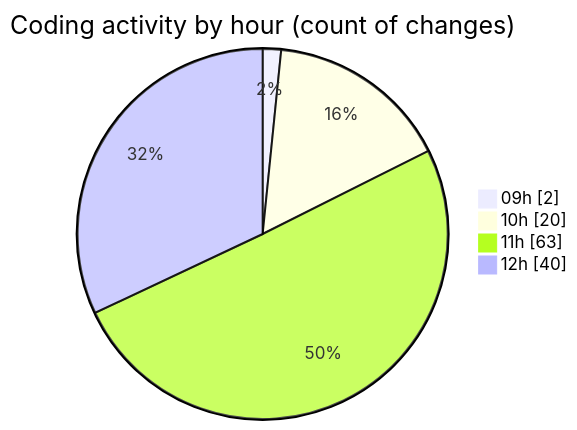
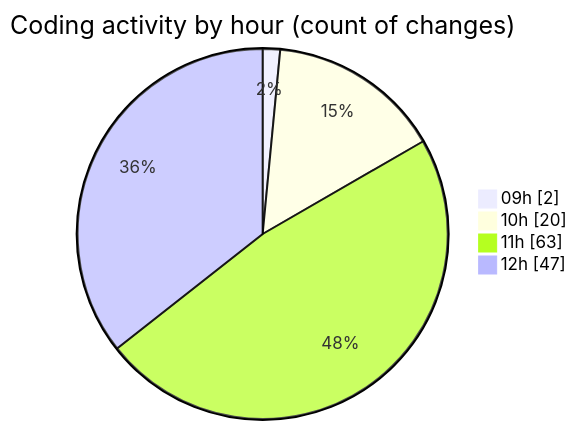
The second of 2 diagrams in 2025-04-08/cda/README.md (momahboobian/code-tracking), drawn with Mermaid before and after one commit. The commit also changed other lines of this file and 1 other file, not shown here.

````diff
--- a/2025-04-08/cda/README.md
+++ b/2025-04-08/cda/README.md
@@ -31,8 +31,8 @@
 ```mermaid
 pie showData
 title Coding activity by hour (count of changes)
 "09h" : 2
 "10h" : 20
 "11h" : 63
-"12h" : 40
+"12h" : 47
 ```
````
